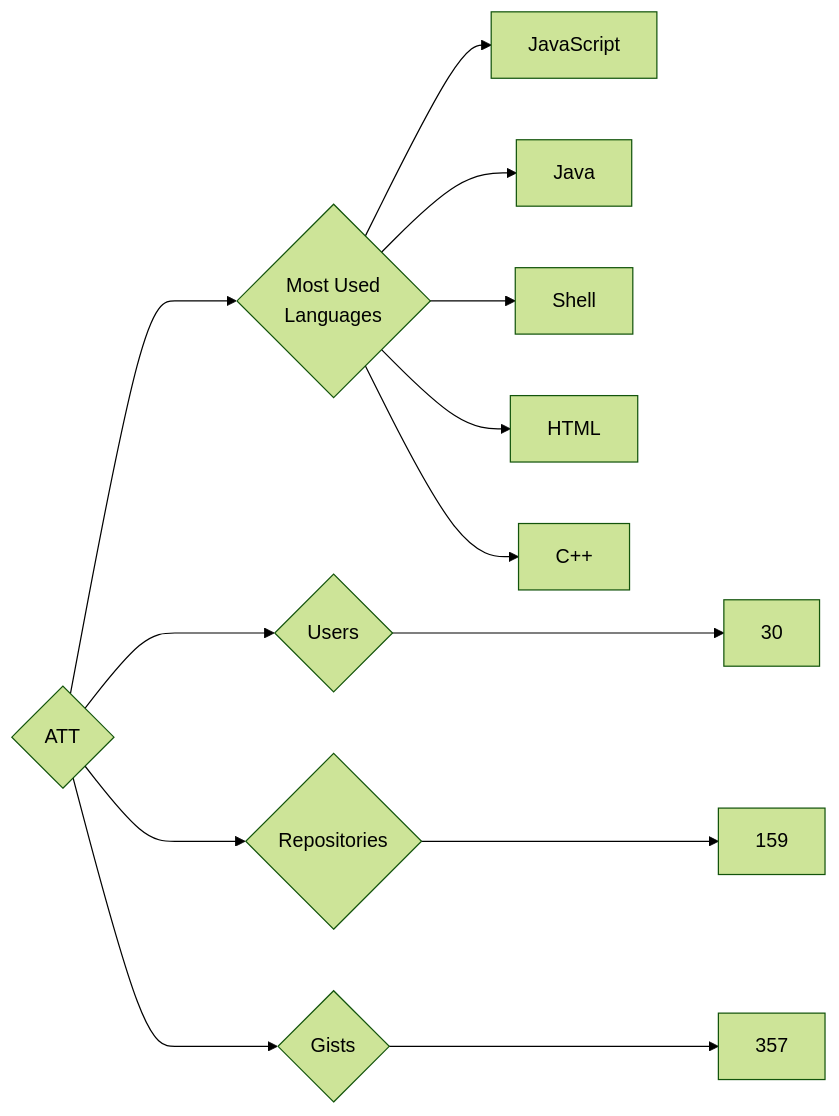
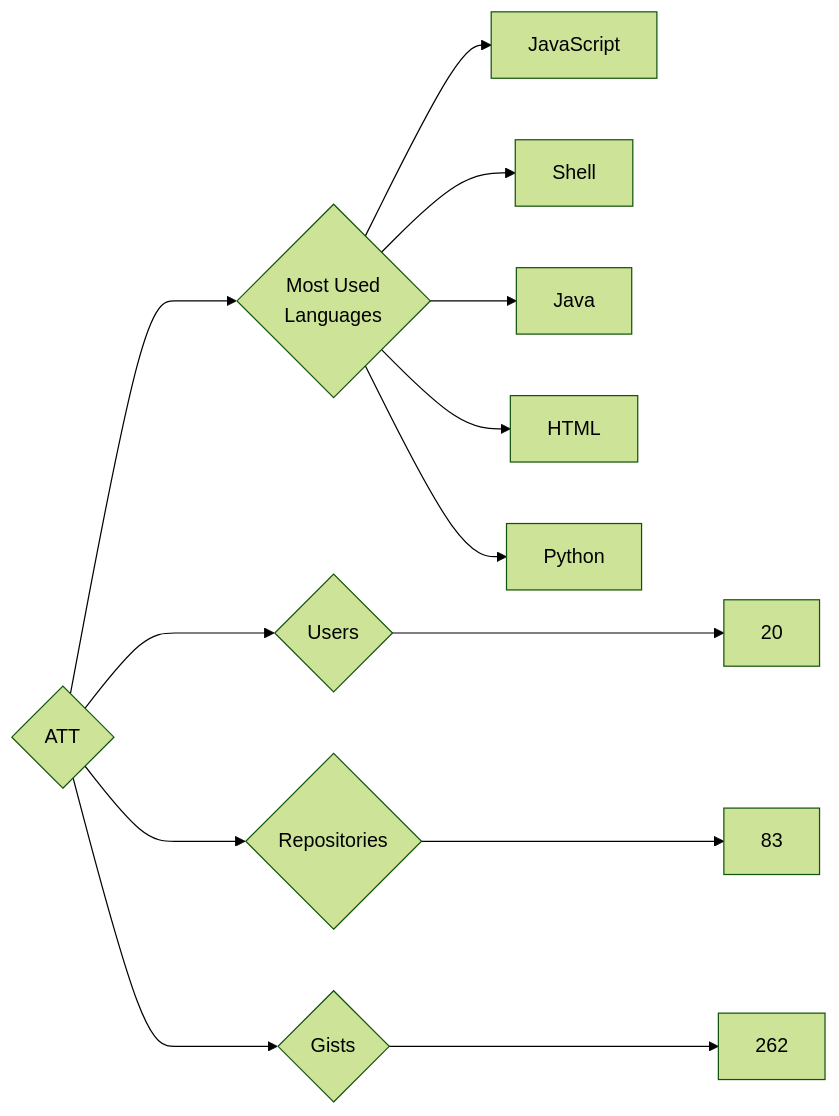
One commit to trickest/insiders changed the diagram in targets/ATT/README.md. Above: the diagram before and after it, drawn with Mermaid (forest theme). The commit also changed 872 other files, not shown here.

````diff
--- a/targets/ATT/README.md
+++ b/targets/ATT/README.md
@@ -3,13 +3,13 @@
 ```mermaid
 graph LR
 COMPANY_NAME{ATT}
-COMPANY_NAME ---> U{Users} ---> UN[30]
-COMPANY_NAME ---> R{Repositories} ---> RN[159]
-COMPANY_NAME ---> G{Gists} ---> GN[357]
+COMPANY_NAME ---> U{Users} ---> UN[20]
+COMPANY_NAME ---> R{Repositories} ---> RN[83]
+COMPANY_NAME ---> G{Gists} ---> GN[262]
 COMPANY_NAME ---> ML{Most Used<br>Languages}
 ML --> JavaScript[JavaScript]
+ML --> Shell[Shell]
 ML --> Java[Java]
-ML --> Shell[Shell]
 ML --> HTML[HTML]
-ML --> C++[C++]
+ML --> Python[Python]
 ```
````
